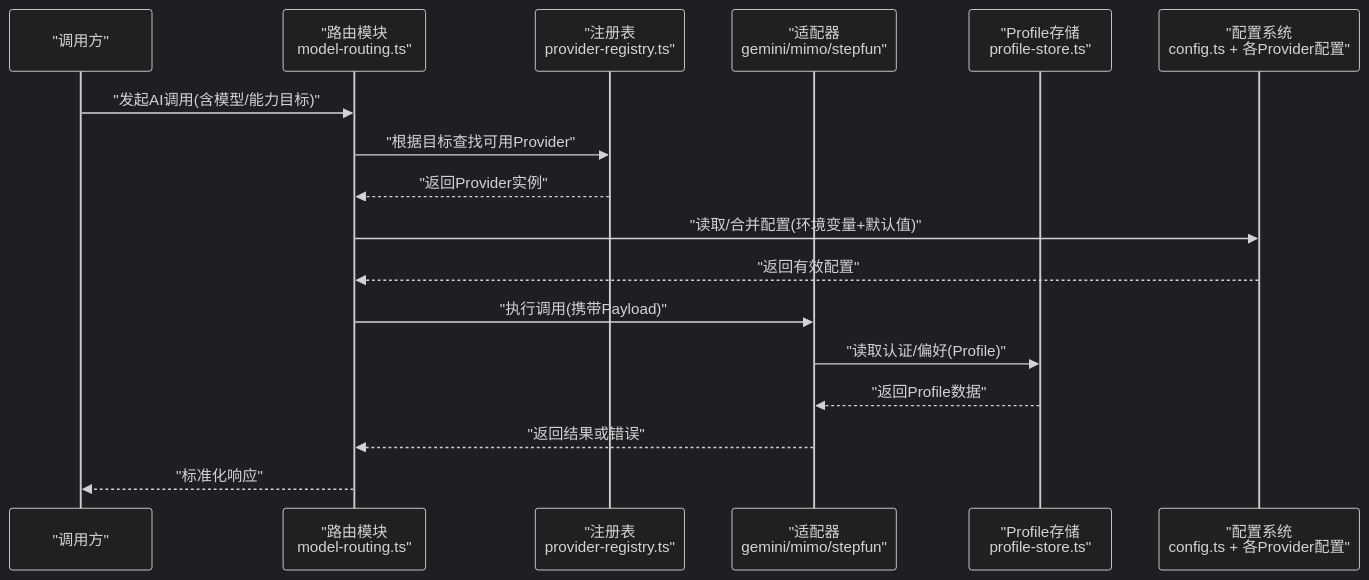
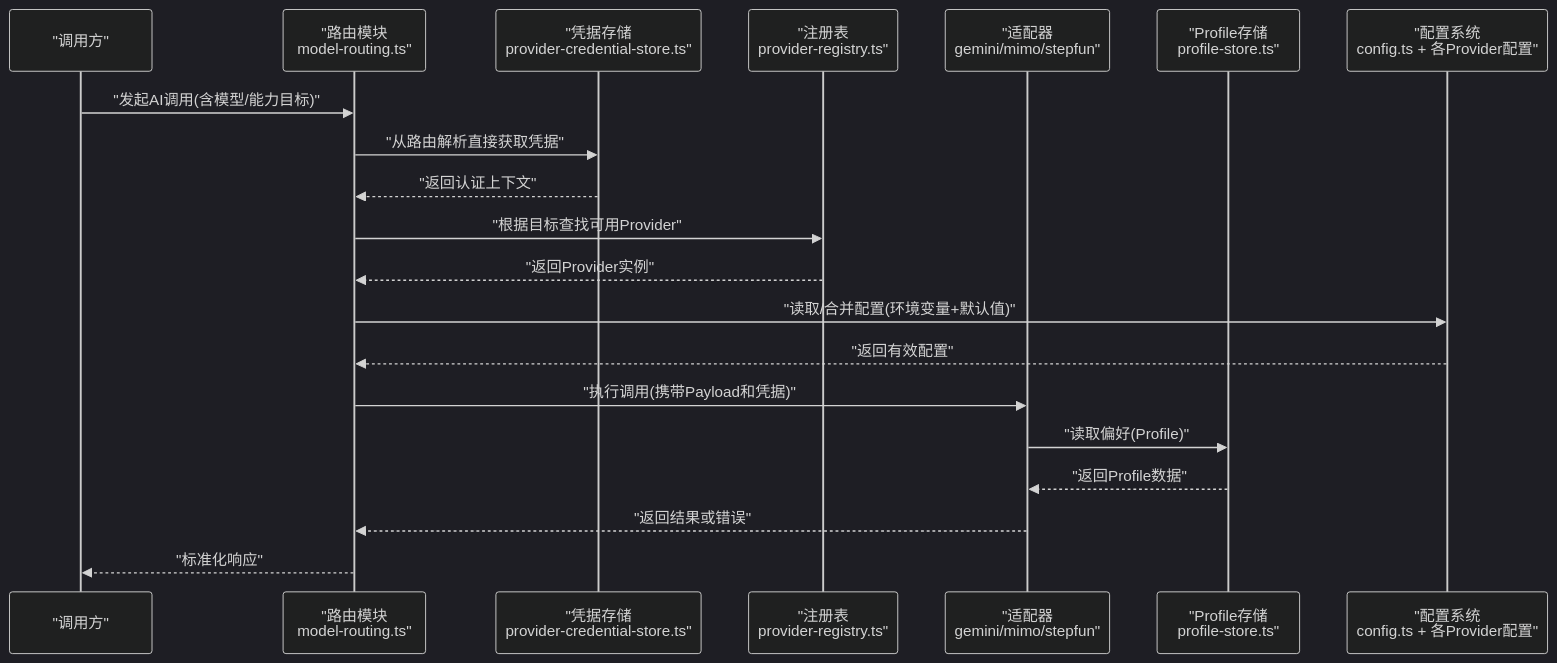
One commit to scottcwy/PurpleInk changed the second of 9 diagrams in .qoder/repowiki/zh/content/AI系统集成/Provider架构设计.md. Above: the diagram before and after it, drawn with Mermaid (dark theme). The commit also changed other lines of this file and 109 other files, not shown here.

````diff
--- a/.qoder/repowiki/zh/content/AI系统集成/Provider架构设计.md
+++ b/.qoder/repowiki/zh/content/AI系统集成/Provider架构设计.md
@@ -119,19 +138,22 @@
 ```mermaid
 sequenceDiagram
 participant Client as "调用方"
 participant Router as "路由模块<br/>model-routing.ts"
+participant CredStore as "凭据存储<br/>provider-credential-store.ts"
 participant Registry as "注册表<br/>provider-registry.ts"
 participant Adapter as "适配器<br/>gemini/mimo/stepfun"
 participant Store as "Profile存储<br/>profile-store.ts"
 participant Config as "配置系统<br/>config.ts + 各Provider配置"
 Client->>Router : "发起AI调用(含模型/能力目标)"
+Router->>CredStore : "从路由解析直接获取凭据"
+CredStore-->>Router : "返回认证上下文"
 Router->>Registry : "根据目标查找可用Provider"
 Registry-->>Router : "返回Provider实例"
 Router->>Config : "读取/合并配置(环境变量+默认值)"
 Config-->>Router : "返回有效配置"
-Router->>Adapter : "执行调用(携带Payload)"
-Adapter->>Store : "读取认证/偏好(Profile)"
+Router->>Adapter : "执行调用(携带Payload和凭据)"
+Adapter->>Store : "读取偏好(Profile)"
 Store-->>Adapter : "返回Profile数据"
 Adapter-->>Router : "返回结果或错误"
 Router-->>Client : "标准化响应"
 ```
````
